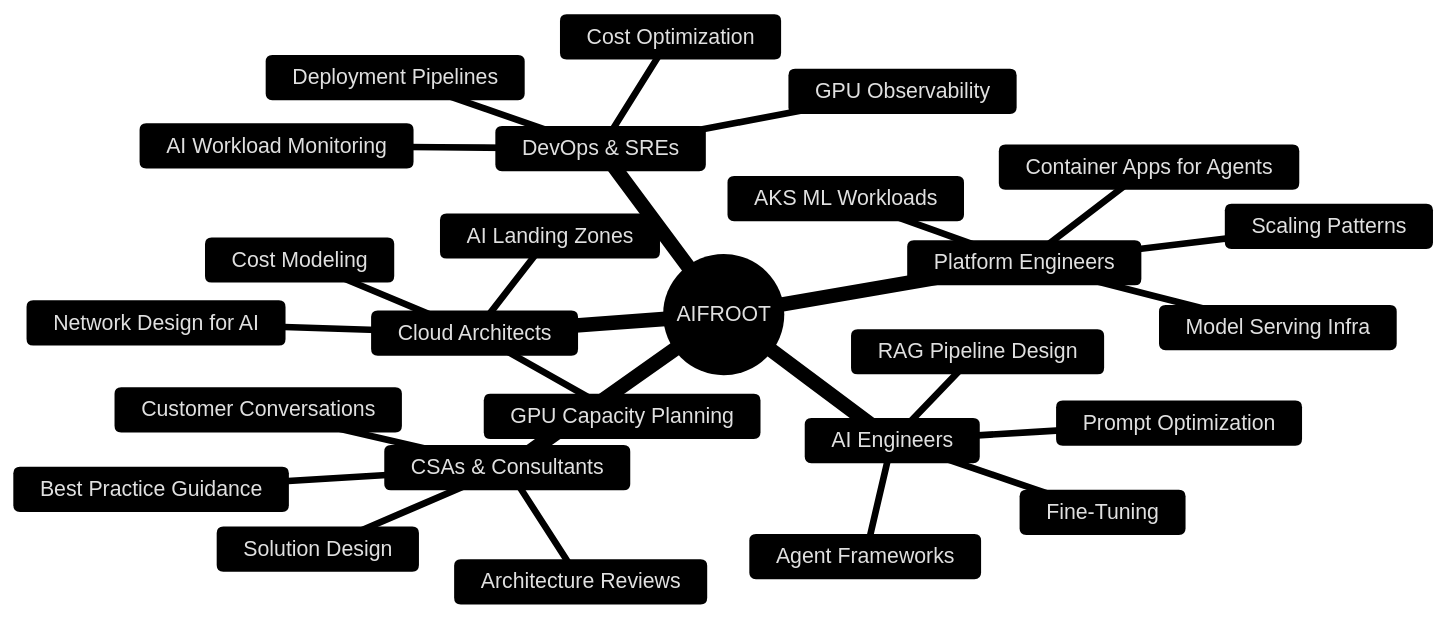
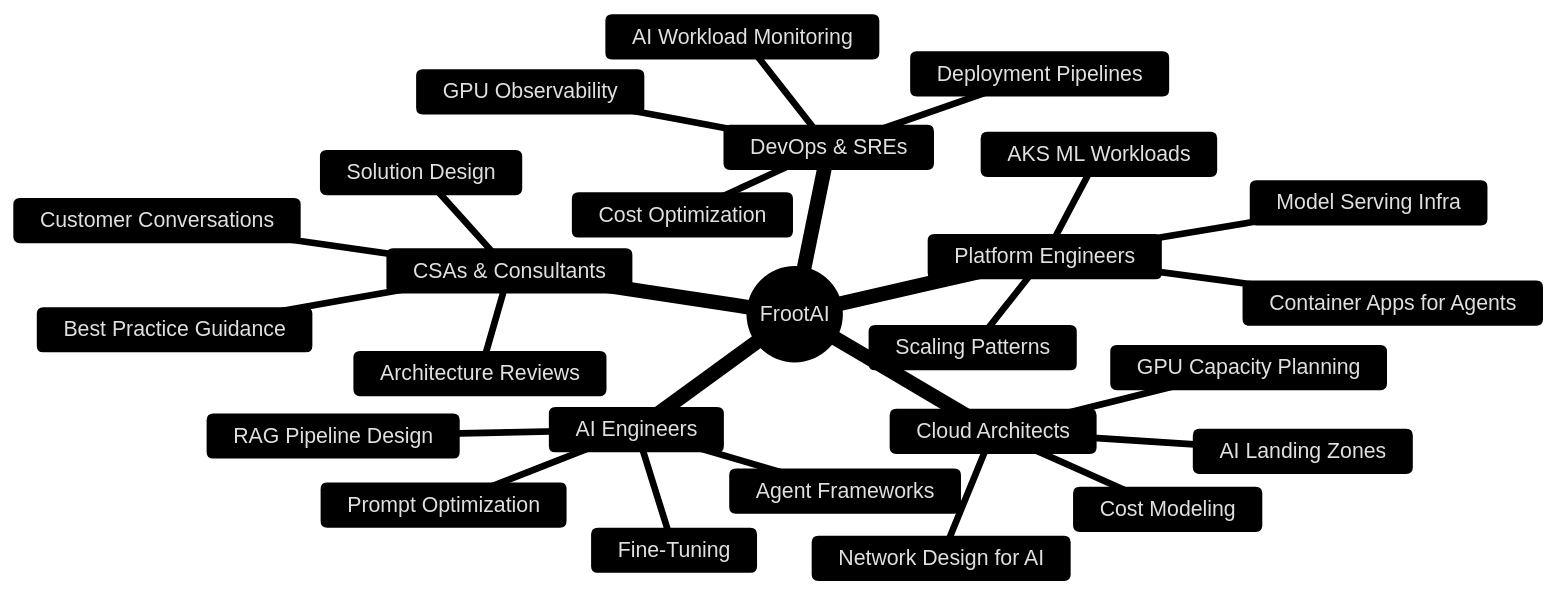
Before and after one commit to gitpavleenbali/azure-wiki: the third of 3 diagrams in aifroot/README.md, drawn with Mermaid. The commit also changed other lines of this file and 12 other files, not shown here.

````diff
--- a/aifroot/README.md
+++ b/aifroot/README.md
@@ -237,30 +237,30 @@
 ```mermaid
 %%{init: {'theme': 'base', 'themeVariables': {'primaryColor': '#1a1a2e', 'primaryTextColor': '#e0e0e0', 'primaryBorderColor': '#6366f1', 'lineColor': '#818cf8', 'background': 'transparent'}}}%%
 mindmap
-  root((AIFROOT))
+  root((FrootAI))
     Cloud Architects
       AI Landing Zones
       GPU Capacity Planning
       Network Design for AI
       Cost Modeling
     Platform Engineers
       Container Apps for Agents
       AKS ML Workloads
       Model Serving Infra
       Scaling Patterns
     AI Engineers
       RAG Pipeline Design
       Agent Frameworks
       Prompt Optimization
       Fine-Tuning
     CSAs & Consultants
       Customer Conversations
       Architecture Reviews
       Solution Design
       Best Practice Guidance
     DevOps & SREs
       AI Workload Monitoring
       GPU Observability
       Deployment Pipelines
       Cost Optimization
 ```
````
